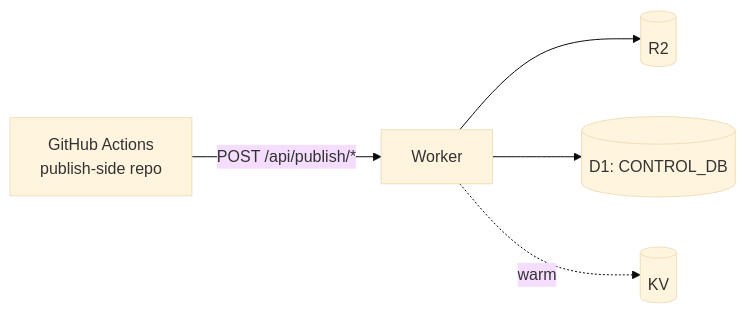
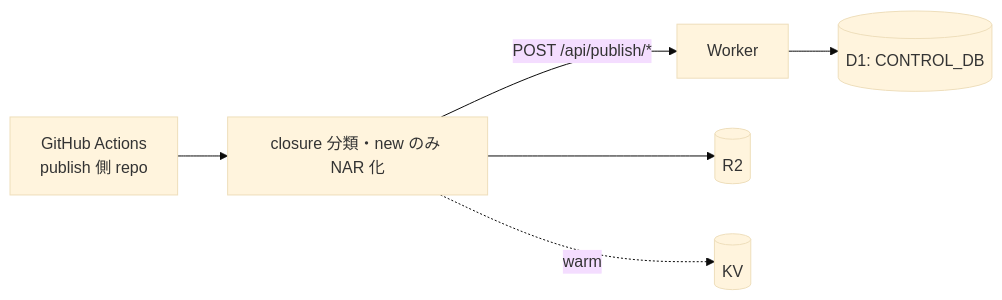
One commit to T4ko0522/cf-edgeNix changed the third of 4 diagrams in README.md. Above: the diagram before and after it, drawn with Mermaid (base theme). The commit also changed other lines of this file and 2 other files, not shown here.

````diff
--- a/README.md
+++ b/README.md
@@ -49,7 +140,8 @@
 ```mermaid
 flowchart LR
-    GHA[GitHub Actions<br/>publish-side repo] -->|POST /api/publish/*| W[Worker]
-    W --> R2[(R2)]
+    GHA[GitHub Actions<br/>publish 側 repo] --> P[closure 分類・new のみ NAR 化]
+    P -->|POST /api/publish/*| W[Worker]
+    P --> R2[(R2)]
+    P -. warm .-> KV[(KV)]
     W --> D1[(D1: CONTROL_DB)]
-    W -. warm .-> KV[(KV)]
 ```
````
